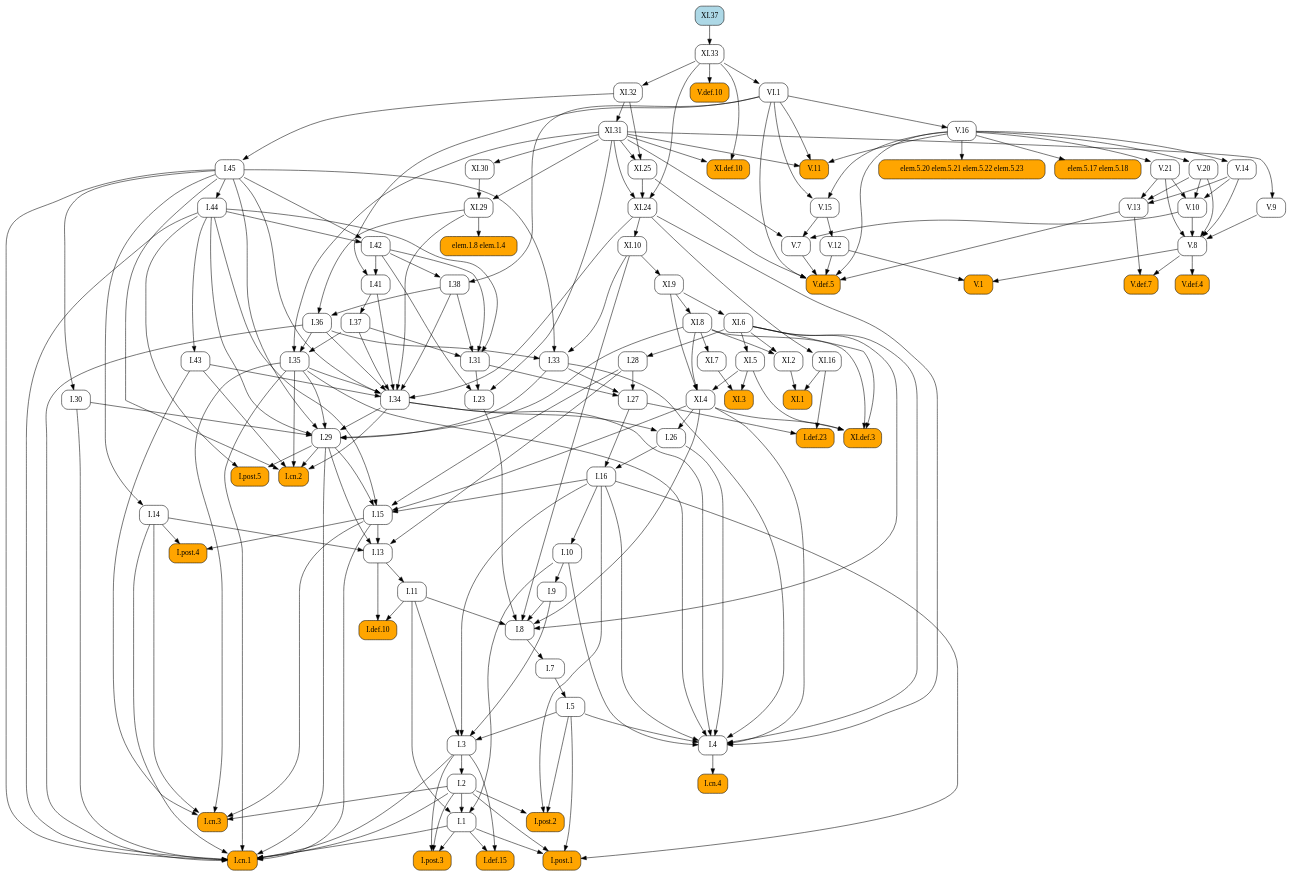
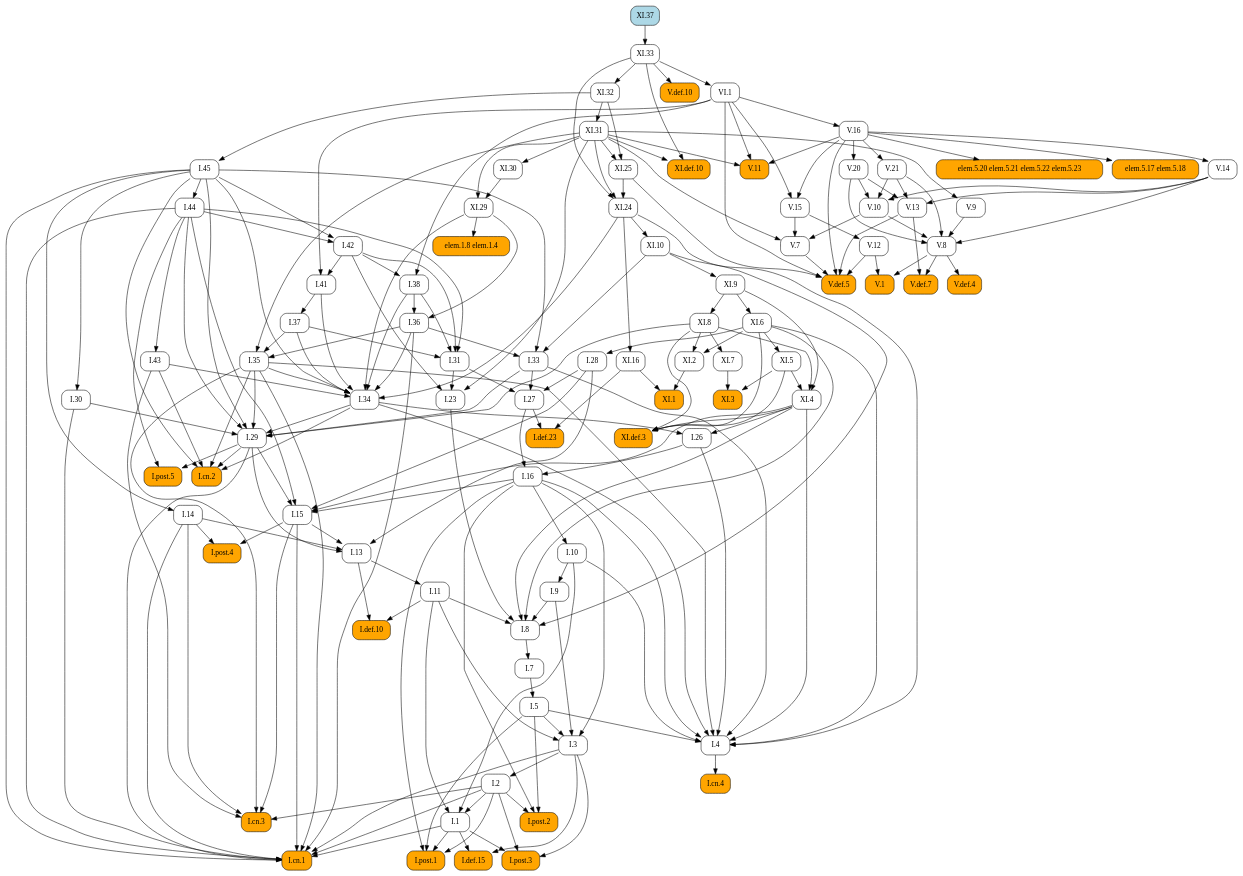
Before and after one commit to geometor/elements: the diagram in docsrc/heath/XI/37/index.rst, drawn with Graphviz. The commit also changed other lines of this file and 1029 other files, not shown here.

```diff
--- a/docsrc/heath/XI/37/index.rst
+++ b/docsrc/heath/XI/37/index.rst
@@ -42,109 +42,143 @@
    digraph {
      rankdir="TB";
      node [shape=box, style=rounded];
+     "I.def.10" [style="rounded,filled", fillcolor=orange, URL="/heath/I/def.10/", target="_top"];
+     "I.11" [URL="/heath/I/11/", target="_top"];
+     "I.post.4" [style="rounded,filled", fillcolor=orange, URL="/heath/I/post.4/", target="_top"];
+     "I.28" [URL="/heath/I/28/", target="_top"];
+     "I.1" [URL="/heath/I/1/", target="_top"];
+     "XI.7" [URL="/heath/XI/7/", target="_top"];
+     "V.def.5" [style="rounded,filled", fillcolor=orange, URL="/heath/V/def.5/", target="_top"];
+     "XI.9" [URL="/heath/XI/9/", target="_top"];
+     "XI.8" [URL="/heath/XI/8/", target="_top"];
+     "V.11" [style="rounded,filled", fillcolor=orange, URL="/heath/V/11/", target="_top"];
+     "V.13" [URL="/heath/V/13/", target="_top"];
+     "I.post.3" [style="rounded,filled", fillcolor=orange, URL="/heath/I/post.3/", target="_top"];
+     "VI.1" [URL="/heath/VI/1/", target="_top"];
+     "XI.1" [style="rounded,filled", fillcolor=orange, URL="/heath/XI/1/", target="_top"];
+     "I.cn.3" [style="rounded,filled", fillcolor=orange, URL="/heath/I/cn.3/", target="_top"];
+     "XI.25" [URL="/heath/XI/25/", target="_top"];
+     "I.14" [URL="/heath/I/14/", target="_top"];
+     "V.16" [URL="/heath/V/16/", target="_top"];
+     "XI.2" [URL="/heath/XI/2/", target="_top"];
+     "XI.37" [style="rounded,filled", fillcolor=lightblue, URL="/heath/XI/37/", target="_top"];
+     "XI.16" [URL="/heath/XI/16/", target="_top"];
+     "XI.31" [URL="/heath/XI/31/", target="_top"];
+     "I.36" [URL="/heath/I/36/", target="_top"];
+     "I.41" [URL="/heath/I/41/", target="_top"];
+     "I.27" [URL="/heath/I/27/", target="_top"];
+     "I.37" [URL="/heath/I/37/", target="_top"];
+     "I.34" [URL="/heath/I/34/", target="_top"];
+     "V.8" [URL="/heath/V/8/", target="_top"];
+     "I.2" [URL="/heath/I/2/", target="_top"];
+     "I.def.23" [style="rounded,filled", fillcolor=orange, URL="/heath/I/def.23/", target="_top"];
+     "elem.1.8 elem.1.4" [style="rounded,filled", fillcolor=orange];
+     "XI.32" [URL="/heath/XI/32/", target="_top"];
+     "I.33" [URL="/heath/I/33/", target="_top"];
+     "I.post.2" [style="rounded,filled", fillcolor=orange, URL="/heath/I/post.2/", target="_top"];
+     "I.45" [URL="/heath/I/45/", target="_top"];
+     "I.42" [URL="/heath/I/42/", target="_top"];
+     "elem.5.20 elem.5.21 elem.5.22 elem.5.23" [style="rounded,filled", fillcolor=orange];
+     "I.9" [URL="/heath/I/9/", target="_top"];
+     "V.def.4" [style="rounded,filled", fillcolor=orange, URL="/heath/V/def.4/", target="_top"];
+     "I.cn.4" [style="rounded,filled", fillcolor=orange, URL="/heath/I/cn.4/", target="_top"];
+     "XI.33" [URL="/heath/XI/33/", target="_top"];
+     "I.15" [URL="/heath/I/15/", target="_top"];
+     "I.38" [URL="/heath/I/38/", target="_top"];
+     "V.def.7" [style="rounded,filled", fillcolor=orange, URL="/heath/V/def.7/", target="_top"];
+     "I.5" [URL="/heath/I/5/", target="_top"];
+     "V.21" [URL="/heath/V/21/", target="_top"];
+     "XI.def.3" [style="rounded,filled", fillcolor=orange, URL="/heath/XI/def.3/", target="_top"];
+     "I.26" [URL="/heath/I/26/", target="_top"];
+     "V.def.10" [style="rounded,filled", fillcolor=orange, URL="/heath/V/def.10/", target="_top"];
+     "V.14" [URL="/heath/V/14/", target="_top"];
+     "I.29" [URL="/heath/I/29/", target="_top"];
+     "V.12" [URL="/heath/V/12/", target="_top"];
+     "I.cn.2" [style="rounded,filled", fillcolor=orange, URL="/heath/I/cn.2/", target="_top"];
+     "V.20" [URL="/heath/V/20/", target="_top"];
+     "V.10" [URL="/heath/V/10/", target="_top"];
+     "XI.30" [URL="/heath/XI/30/", target="_top"];
+     "I.def.15" [style="rounded,filled", fillcolor=orange, URL="/heath/I/def.15/", target="_top"];
+     "V.15" [URL="/heath/V/15/", target="_top"];
+     "XI.5" [URL="/heath/XI/5/", target="_top"];
+     "I.cn.1" [style="rounded,filled", fillcolor=orange, URL="/heath/I/cn.1/", target="_top"];
+     "I.30" [URL="/heath/I/30/", target="_top"];
+     "V.7" [URL="/heath/V/7/", target="_top"];
+     "XI.29" [URL="/heath/XI/29/", target="_top"];
+     "V.9" [URL="/heath/V/9/", target="_top"];
+     "I.23" [URL="/heath/I/23/", target="_top"];
+     "I.43" [URL="/heath/I/43/", target="_top"];
+     "I.post.1" [style="rounded,filled", fillcolor=orange, URL="/heath/I/post.1/", target="_top"];
+     "XI.6" [URL="/heath/XI/6/", target="_top"];
+     "I.35" [URL="/heath/I/35/", target="_top"];
+     "I.7" [URL="/heath/I/7/", target="_top"];
+     "I.3" [URL="/heath/I/3/", target="_top"];
+     "I.4" [URL="/heath/I/4/", target="_top"];
+     "I.13" [URL="/heath/I/13/", target="_top"];
+     "XI.def.10" [style="rounded,filled", fillcolor=orange, URL="/heath/XI/def.10/", target="_top"];
+     "I.31" [URL="/heath/I/31/", target="_top"];
      "V.1" [style="rounded,filled", fillcolor=orange, URL="/heath/V/1/", target="_top"];
-     "XI.32" [URL="/heath/XI/32/", target="_top"];
-     "I.29" [URL="/heath/I/29/", target="_top"];
-     "I.7" [URL="/heath/I/7/", target="_top"];
-     "I.27" [URL="/heath/I/27/", target="_top"];
-     "I.def.23" [style="rounded,filled", fillcolor=orange, URL="/heath/I/def.23/", target="_top"];
-     "V.20" [URL="/heath/V/20/", target="_top"];
-     "I.34" [URL="/heath/I/34/", target="_top"];
+     "I.16" [URL="/heath/I/16/", target="_top"];
+     "elem.5.17 elem.5.18" [style="rounded,filled", fillcolor=orange];
      "I.8" [URL="/heath/I/8/", target="_top"];
-     "I.9" [URL="/heath/I/9/", target="_top"];
      "XI.4" [URL="/heath/XI/4/", target="_top"];
-     "I.post.4" [style="rounded,filled", fillcolor=orange, URL="/heath/I/post.4/", target="_top"];
-     "I.2" [URL="/heath/I/2/", target="_top"];
-     "I.28" [URL="/heath/I/28/", target="_top"];
-     "XI.1" [style="rounded,filled", fillcolor=orange, URL="/heath/XI/1/", target="_top"];
-     "I.cn.4" [style="rounded,filled", fillcolor=orange, URL="/heath/I/cn.4/", target="_top"];
-     "XI.31" [URL="/heath/XI/31/", target="_top"];
-     "XI.25" [URL="/heath/XI/25/", target="_top"];
-     "XI.33" [URL="/heath/XI/33/", target="_top"];
-     "elem.5.20 elem.5.21 elem.5.22 elem.5.23" [style="rounded,filled", fillcolor=orange];
-     "I.23" [URL="/heath/I/23/", target="_top"];
-     "I.13" [URL="/heath/I/13/", target="_top"];
-     "I.5" [URL="/heath/I/5/", target="_top"];
-     "I.11" [URL="/heath/I/11/", target="_top"];
-     "XI.def.10" [style="rounded,filled", fillcolor=orange, URL="/heath/XI/def.10/", target="_top"];
-     "XI.5" [URL="/heath/XI/5/", target="_top"];
-     "I.4" [URL="/heath/I/4/", target="_top"];
-     "I.43" [URL="/heath/I/43/", target="_top"];
-     "I.def.10" [style="rounded,filled", fillcolor=orange, URL="/heath/I/def.10/", target="_top"];
-     "I.post.3" [style="rounded,filled", fillcolor=orange, URL="/heath/I/post.3/", target="_top"];
-     "V.9" [URL="/heath/V/9/", target="_top"];
-     "XI.30" [URL="/heath/XI/30/", target="_top"];
-     "XI.6" [URL="/heath/XI/6/", target="_top"];
-     "elem.5.17 elem.5.18" [style="rounded,filled", fillcolor=orange];
-     "XI.7" [URL="/heath/XI/7/", target="_top"];
-     "I.36" [URL="/heath/I/36/", target="_top"];
-     "V.12" [URL="/heath/V/12/", target="_top"];
-     "I.15" [URL="/heath/I/15/", target="_top"];
-     "XI.2" [URL="/heath/XI/2/", target="_top"];
-     "V.14" [URL="/heath/V/14/", target="_top"];
-     "XI.8" [URL="/heath/XI/8/", target="_top"];
-     "I.41" [URL="/heath/I/41/", target="_top"];
-     "V.def.5" [style="rounded,filled", fillcolor=orange, URL="/heath/V/def.5/", target="_top"];
-     "I.cn.3" [style="rounded,filled", fillcolor=orange, URL="/heath/I/cn.3/", target="_top"];
-     "I.30" [URL="/heath/I/30/", target="_top"];
-     "I.45" [URL="/heath/I/45/", target="_top"];
-     "I.38" [URL="/heath/I/38/", target="_top"];
-     "V.16" [URL="/heath/V/16/", target="_top"];
-     "V.15" [URL="/heath/V/15/", target="_top"];
-     "V.def.4" [style="rounded,filled", fillcolor=orange, URL="/heath/V/def.4/", target="_top"];
-     "V.21" [URL="/heath/V/21/", target="_top"];
-     "V.8" [URL="/heath/V/8/", target="_top"];
-     "I.42" [URL="/heath/I/42/", target="_top"];
-     "V.7" [URL="/heath/V/7/", target="_top"];
-     "I.def.15" [style="rounded,filled", fillcolor=orange, URL="/heath/I/def.15/", target="_top"];
-     "I.1" [URL="/heath/I/1/", target="_top"];
+     "XI.24" [URL="/heath/XI/24/", target="_top"];
+     "I.post.5" [style="rounded,filled", fillcolor=orange, URL="/heath/I/post.5/", target="_top"];
      "I.44" [URL="/heath/I/44/", target="_top"];
-     "V.13" [URL="/heath/V/13/", target="_top"];
-     "I.post.1" [style="rounded,filled", fillcolor=orange, URL="/heath/I/post.1/", target="_top"];
+     "I.10" [URL="/heath/I/10/", target="_top"];
      "XI.10" [URL="/heath/XI/10/", target="_top"];
-     "I.26" [URL="/heath/I/26/", target="_top"];
-     "I.33" [URL="/heath/I/33/", target="_top"];
-     "XI.9" [URL="/heath/XI/9/", target="_top"];
-     "V.def.7" [style="rounded,filled", fillcolor=orange, URL="/heath/V/def.7/", target="_top"];
-     "XI.37" [style="rounded,filled", fillcolor=lightblue, URL="/heath/XI/37/", target="_top"];
-     "I.cn.2" [style="rounded,filled", fillcolor=orange, URL="/heath/I/cn.2/", target="_top"];
-     "V.10" [URL="/heath/V/10/", target="_top"];
-     "I.10" [URL="/heath/I/10/", target="_top"];
-     "V.def.10" [style="rounded,filled", fillcolor=orange, URL="/heath/V/def.10/", target="_top"];
-     "I.3" [URL="/heath/I/3/", target="_top"];
-     "I.16" [URL="/heath/I/16/", target="_top"];
-     "I.31" [URL="/heath/I/31/", target="_top"];
-     "V.11" [style="rounded,filled", fillcolor=orange, URL="/heath/V/11/", target="_top"];
-     "XI.def.3" [style="rounded,filled", fillcolor=orange, URL="/heath/XI/def.3/", target="_top"];
-     "XI.29" [URL="/heath/XI/29/", target="_top"];
-     "I.post.2" [style="rounded,filled", fillcolor=orange, URL="/heath/I/post.2/", target="_top"];
-     "I.post.5" [style="rounded,filled", fillcolor=orange, URL="/heath/I/post.5/", target="_top"];
      "XI.3" [style="rounded,filled", fillcolor=orange, URL="/heath/XI/3/", target="_top"];
-     "VI.1" [URL="/heath/VI/1/", target="_top"];
-     "I.14" [URL="/heath/I/14/", target="_top"];
-     "I.35" [URL="/heath/I/35/", target="_top"];
-     "XI.24" [URL="/heath/XI/24/", target="_top"];
-     "I.cn.1" [style="rounded,filled", fillcolor=orange, URL="/heath/I/cn.1/", target="_top"];
-     "elem.1.8 elem.1.4" [style="rounded,filled", fillcolor=orange];
-     "I.37" [URL="/heath/I/37/", target="_top"];
-     "XI.16" [URL="/heath/XI/16/", target="_top"];
-     "V.8" -> "V.1";
-     "V.12" -> "V.1";
-     "XI.33" -> "XI.32";
-     "I.30" -> "I.29";
-     "I.33" -> "I.29";
-     "I.34" -> "I.29";
-     "I.35" -> "I.29";
-     "I.44" -> "I.29";
-     "I.45" -> "I.29";
-     "XI.8" -> "I.29";
-     "I.8" -> "I.7";
+     "I.11" -> "I.def.10";
+     "I.13" -> "I.def.10";
+     "I.13" -> "I.11";
+     "I.14" -> "I.post.4";
+     "I.15" -> "I.post.4";
+     "XI.6" -> "I.28";
+     "I.2" -> "I.1";
+     "I.10" -> "I.1";
+     "I.11" -> "I.1";
+     "XI.8" -> "XI.7";
+     "V.7" -> "V.def.5";
+     "V.12" -> "V.def.5";
+     "V.13" -> "V.def.5";
+     "V.16" -> "V.def.5";
+     "VI.1" -> "V.def.5";
+     "XI.25" -> "V.def.5";
+     "XI.10" -> "XI.9";
+     "XI.9" -> "XI.8";
+     "V.16" -> "V.11";
+     "VI.1" -> "V.11";
+     "XI.31" -> "V.11";
+     "V.14" -> "V.13";
+     "V.20" -> "V.13";
+     "V.21" -> "V.13";
+     "I.1" -> "I.post.3";
+     "I.2" -> "I.post.3";
+     "I.3" -> "I.post.3";
+     "XI.33" -> "VI.1";
+     "XI.2" -> "XI.1";
+     "XI.16" -> "XI.1";
+     "I.2" -> "I.cn.3";
+     "I.14" -> "I.cn.3";
+     "I.15" -> "I.cn.3";
+     "I.35" -> "I.cn.3";
+     "I.43" -> "I.cn.3";
+     "XI.31" -> "XI.25";
+     "XI.32" -> "XI.25";
+     "I.45" -> "I.14";
+     "VI.1" -> "V.16";
+     "XI.6" -> "XI.2";
+     "XI.8" -> "XI.2";
+     "XI.24" -> "XI.16";
+     "XI.32" -> "XI.31";
+     "I.38" -> "I.36";
+     "XI.29" -> "I.36";
+     "I.42" -> "I.41";
+     "VI.1" -> "I.41";
      "I.28" -> "I.27";
      "I.31" -> "I.27";
      "I.33" -> "I.27";
-     "I.27" -> "I.def.23";
-     "XI.16" -> "I.def.23";
-     "V.16" -> "V.20";
+     "I.41" -> "I.37";
      "I.35" -> "I.34";
      "I.36" -> "I.34";
      "I.37" -> "I.34";
@@ -154,171 +188,72 @@
      "I.45" -> "I.34";
      "XI.24" -> "I.34";
      "XI.29" -> "I.34";
-     "I.9" -> "I.8";
-     "I.11" -> "I.8";
-     "I.23" -> "I.8";
-     "XI.4" -> "I.8";
-     "XI.6" -> "I.8";
-     "XI.10" -> "I.8";
+     "V.9" -> "V.8";
+     "V.10" -> "V.8";
+     "V.14" -> "V.8";
+     "V.20" -> "V.8";
+     "V.21" -> "V.8";
+     "I.3" -> "I.2";
+     "I.27" -> "I.def.23";
+     "XI.16" -> "I.def.23";
+     "XI.29" -> "elem.1.8 elem.1.4";
+     "XI.33" -> "XI.32";
+     "I.36" -> "I.33";
+     "I.45" -> "I.33";
+     "XI.10" -> "I.33";
+     "I.2" -> "I.post.2";
+     "I.5" -> "I.post.2";
+     "I.16" -> "I.post.2";
+     "XI.32" -> "I.45";
+     "I.44" -> "I.42";
+     "I.45" -> "I.42";
+     "V.16" -> "elem.5.20 elem.5.21 elem.5.22 elem.5.23";
      "I.10" -> "I.9";
-     "XI.5" -> "XI.4";
-     "XI.8" -> "XI.4";
-     "XI.9" -> "XI.4";
-     "I.14" -> "I.post.4";
-     "I.15" -> "I.post.4";
-     "I.3" -> "I.2";
-     "XI.6" -> "I.28";
-     "XI.2" -> "XI.1";
-     "XI.16" -> "XI.1";
+     "V.8" -> "V.def.4";
      "I.4" -> "I.cn.4";
-     "XI.32" -> "XI.31";
-     "XI.31" -> "XI.25";
-     "XI.32" -> "XI.25";
      "XI.37" -> "XI.33";
-     "V.16" -> "elem.5.20 elem.5.21 elem.5.22 elem.5.23";
-     "I.31" -> "I.23";
-     "I.42" -> "I.23";
-     "XI.31" -> "I.23";
-     "I.14" -> "I.13";
-     "I.15" -> "I.13";
-     "I.28" -> "I.13";
-     "I.29" -> "I.13";
-     "I.7" -> "I.5";
-     "I.13" -> "I.11";
-     "XI.31" -> "XI.def.10";
-     "XI.33" -> "XI.def.10";
-     "XI.6" -> "XI.5";
-     "I.5" -> "I.4";
-     "I.10" -> "I.4";
-     "I.16" -> "I.4";
-     "I.26" -> "I.4";
-     "I.33" -> "I.4";
-     "I.34" -> "I.4";
-     "I.35" -> "I.4";
-     "XI.4" -> "I.4";
-     "XI.6" -> "I.4";
-     "XI.24" -> "I.4";
-     "I.44" -> "I.43";
-     "I.11" -> "I.def.10";
-     "I.13" -> "I.def.10";
-     "I.1" -> "I.post.3";
-     "I.2" -> "I.post.3";
-     "I.3" -> "I.post.3";
-     "XI.31" -> "V.9";
-     "XI.31" -> "XI.30";
-     "XI.9" -> "XI.6";
-     "V.16" -> "elem.5.17 elem.5.18";
-     "XI.8" -> "XI.7";
-     "I.38" -> "I.36";
-     "XI.29" -> "I.36";
-     "V.15" -> "V.12";
      "I.16" -> "I.15";
      "I.28" -> "I.15";
      "I.29" -> "I.15";
      "I.44" -> "I.15";
      "XI.4" -> "I.15";
-     "XI.6" -> "XI.2";
-     "XI.8" -> "XI.2";
-     "V.16" -> "V.14";
-     "XI.9" -> "XI.8";
-     "I.42" -> "I.41";
-     "VI.1" -> "I.41";
-     "V.7" -> "V.def.5";
-     "V.12" -> "V.def.5";
-     "V.13" -> "V.def.5";
-     "V.16" -> "V.def.5";
-     "VI.1" -> "V.def.5";
-     "XI.25" -> "V.def.5";
-     "I.2" -> "I.cn.3";
-     "I.14" -> "I.cn.3";
-     "I.15" -> "I.cn.3";
-     "I.35" -> "I.cn.3";
-     "I.43" -> "I.cn.3";
-     "I.45" -> "I.30";
-     "XI.32" -> "I.45";
      "I.42" -> "I.38";
      "VI.1" -> "I.38";
-     "VI.1" -> "V.16";
-     "V.16" -> "V.15";
-     "VI.1" -> "V.15";
-     "V.8" -> "V.def.4";
+     "V.8" -> "V.def.7";
+     "V.13" -> "V.def.7";
+     "I.7" -> "I.5";
      "V.16" -> "V.21";
-     "V.9" -> "V.8";
-     "V.10" -> "V.8";
-     "V.14" -> "V.8";
-     "V.20" -> "V.8";
-     "V.21" -> "V.8";
-     "I.44" -> "I.42";
-     "I.45" -> "I.42";
-     "V.10" -> "V.7";
-     "V.15" -> "V.7";
-     "XI.31" -> "V.7";
-     "I.1" -> "I.def.15";
-     "I.3" -> "I.def.15";
-     "I.2" -> "I.1";
-     "I.10" -> "I.1";
-     "I.11" -> "I.1";
-     "I.45" -> "I.44";
-     "V.14" -> "V.13";
-     "V.20" -> "V.13";
-     "V.21" -> "V.13";
-     "I.1" -> "I.post.1";
-     "I.2" -> "I.post.1";
-     "I.5" -> "I.post.1";
-     "I.16" -> "I.post.1";
-     "XI.24" -> "XI.10";
+     "XI.4" -> "XI.def.3";
+     "XI.5" -> "XI.def.3";
+     "XI.6" -> "XI.def.3";
+     "XI.8" -> "XI.def.3";
      "I.34" -> "I.26";
      "XI.4" -> "I.26";
-     "I.36" -> "I.33";
-     "I.45" -> "I.33";
-     "XI.10" -> "I.33";
-     "XI.10" -> "XI.9";
-     "V.8" -> "V.def.7";
-     "V.13" -> "V.def.7";
+     "XI.33" -> "V.def.10";
+     "V.16" -> "V.14";
+     "I.30" -> "I.29";
+     "I.33" -> "I.29";
+     "I.34" -> "I.29";
+     "I.35" -> "I.29";
+     "I.44" -> "I.29";
+     "I.45" -> "I.29";
+     "XI.8" -> "I.29";
+     "V.15" -> "V.12";
      "I.29" -> "I.cn.2";
      "I.34" -> "I.cn.2";
      "I.35" -> "I.cn.2";
      "I.43" -> "I.cn.2";
      "I.45" -> "I.cn.2";
+     "V.16" -> "V.20";
      "V.14" -> "V.10";
      "V.20" -> "V.10";
      "V.21" -> "V.10";
-     "I.16" -> "I.10";
-     "XI.33" -> "V.def.10";
-     "I.5" -> "I.3";
-     "I.9" -> "I.3";
-     "I.11" -> "I.3";
-     "I.16" -> "I.3";
-     "I.26" -> "I.16";
-     "I.27" -> "I.16";
-     "I.37" -> "I.31";
-     "I.38" -> "I.31";
-     "I.42" -> "I.31";
-     "I.44" -> "I.31";
-     "V.16" -> "V.11";
-     "VI.1" -> "V.11";
-     "XI.31" -> "V.11";
-     "XI.4" -> "XI.def.3";
-     "XI.5" -> "XI.def.3";
-     "XI.6" -> "XI.def.3";
-     "XI.8" -> "XI.def.3";
-     "XI.30" -> "XI.29";
-     "XI.31" -> "XI.29";
-     "I.2" -> "I.post.2";
-     "I.5" -> "I.post.2";
-     "I.16" -> "I.post.2";
-     "I.29" -> "I.post.5";
-     "I.44" -> "I.post.5";
-     "XI.5" -> "XI.3";
-     "XI.7" -> "XI.3";
-     "XI.33" -> "VI.1";
-     "I.45" -> "I.14";
-     "I.36" -> "I.35";
-     "I.37" -> "I.35";
-     "XI.31" -> "I.35";
-     "XI.25" -> "XI.24";
-     "XI.31" -> "XI.24";
-     "XI.33" -> "XI.24";
+     "XI.31" -> "XI.30";
+     "I.1" -> "I.def.15";
+     "I.3" -> "I.def.15";
+     "V.16" -> "V.15";
+     "VI.1" -> "V.15";
+     "XI.6" -> "XI.5";
      "I.1" -> "I.cn.1";
      "I.2" -> "I.cn.1";
      "I.3" -> "I.cn.1";
@@ -330,7 +265,72 @@
      "I.36" -> "I.cn.1";
      "I.44" -> "I.cn.1";
      "I.45" -> "I.cn.1";
-     "XI.29" -> "elem.1.8 elem.1.4";
-     "I.41" -> "I.37";
-     "XI.24" -> "XI.16";
+     "I.45" -> "I.30";
+     "V.10" -> "V.7";
+     "V.15" -> "V.7";
+     "XI.31" -> "V.7";
+     "XI.30" -> "XI.29";
+     "XI.31" -> "XI.29";
+     "XI.31" -> "V.9";
+     "I.31" -> "I.23";
+     "I.42" -> "I.23";
+     "XI.31" -> "I.23";
+     "I.44" -> "I.43";
+     "I.1" -> "I.post.1";
+     "I.2" -> "I.post.1";
+     "I.5" -> "I.post.1";
+     "I.16" -> "I.post.1";
+     "XI.9" -> "XI.6";
+     "I.36" -> "I.35";
+     "I.37" -> "I.35";
+     "XI.31" -> "I.35";
+     "I.8" -> "I.7";
+     "I.5" -> "I.3";
+     "I.9" -> "I.3";
+     "I.11" -> "I.3";
+     "I.16" -> "I.3";
+     "I.5" -> "I.4";
+     "I.10" -> "I.4";
+     "I.16" -> "I.4";
+     "I.26" -> "I.4";
+     "I.33" -> "I.4";
+     "I.34" -> "I.4";
+     "I.35" -> "I.4";
+     "XI.4" -> "I.4";
+     "XI.6" -> "I.4";
+     "XI.24" -> "I.4";
+     "I.14" -> "I.13";
+     "I.15" -> "I.13";
+     "I.28" -> "I.13";
+     "I.29" -> "I.13";
+     "XI.31" -> "XI.def.10";
+     "XI.33" -> "XI.def.10";
+     "I.37" -> "I.31";
+     "I.38" -> "I.31";
+     "I.42" -> "I.31";
+     "I.44" -> "I.31";
+     "V.8" -> "V.1";
+     "V.12" -> "V.1";
+     "I.26" -> "I.16";
+     "I.27" -> "I.16";
+     "V.16" -> "elem.5.17 elem.5.18";
+     "I.9" -> "I.8";
+     "I.11" -> "I.8";
+     "I.23" -> "I.8";
+     "XI.4" -> "I.8";
+     "XI.6" -> "I.8";
+     "XI.10" -> "I.8";
+     "XI.5" -> "XI.4";
+     "XI.8" -> "XI.4";
+     "XI.9" -> "XI.4";
+     "XI.25" -> "XI.24";
+     "XI.31" -> "XI.24";
+     "XI.33" -> "XI.24";
+     "I.29" -> "I.post.5";
+     "I.44" -> "I.post.5";
+     "I.45" -> "I.44";
+     "I.16" -> "I.10";
+     "XI.24" -> "XI.10";
+     "XI.5" -> "XI.3";
+     "XI.7" -> "XI.3";
    }
```
